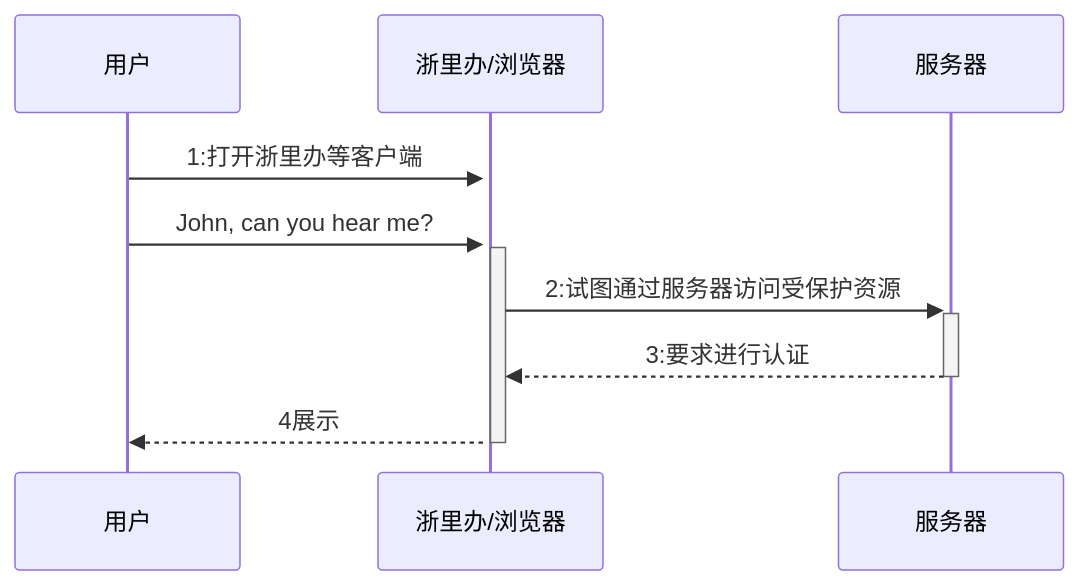
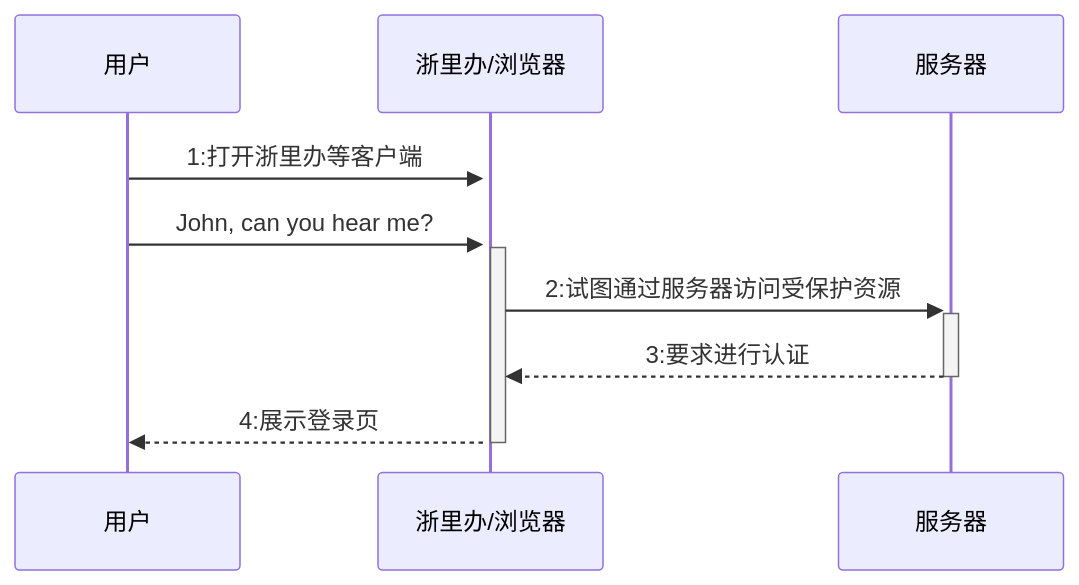
The diagram in all/居民端时序图.md (fifuntop/iodraw-files), drawn with Mermaid before and after one commit.

Commit message:
2024-03-14 14:53:59 update

````diff
--- a/all/居民端时序图.md
+++ b/all/居民端时序图.md
@@ -1,9 +1,9 @@
 ```mermaid
 sequenceDiagram
     用户->>+浙里办/浏览器: 1:打开浙里办等客户端
     用户->>+浙里办/浏览器: John, can you hear me?
     浙里办/浏览器->>+服务器: 2:试图通过服务器访问受保护资源
     服务器-->>-浙里办/浏览器: 3:要求进行认证
-    浙里办/浏览器-->>-用户: 4展示
+    浙里办/浏览器-->>-用户: 4:展示登录页
             
 ```
````
